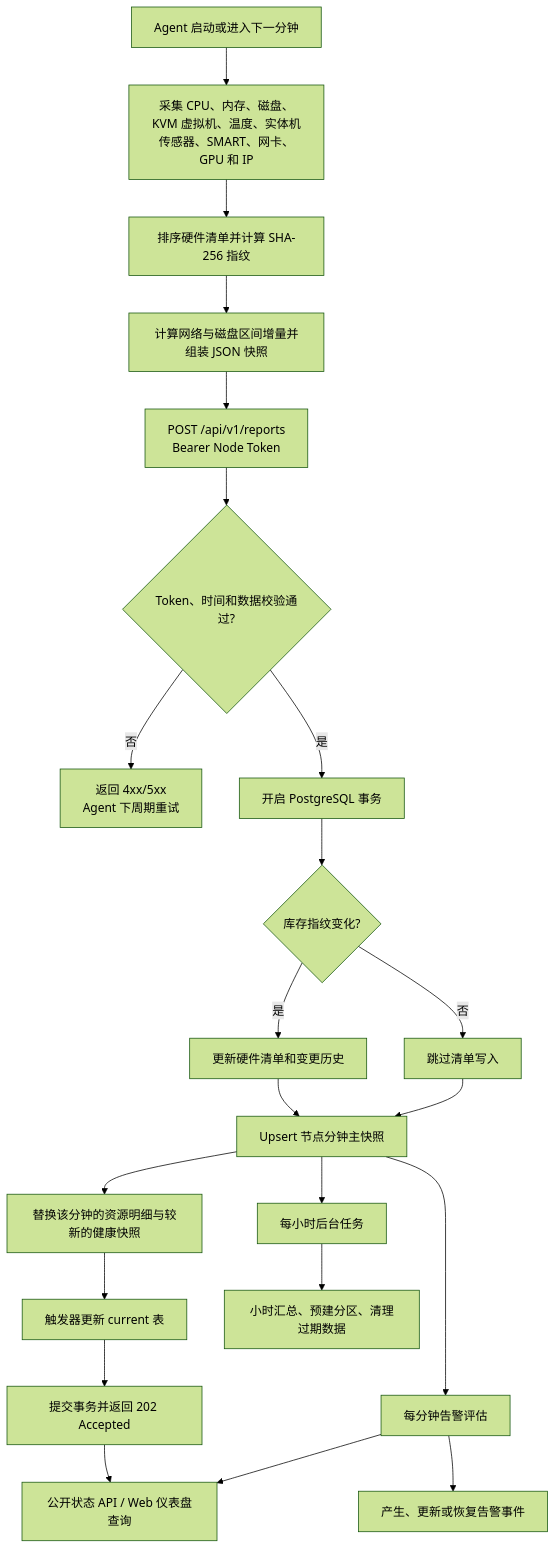
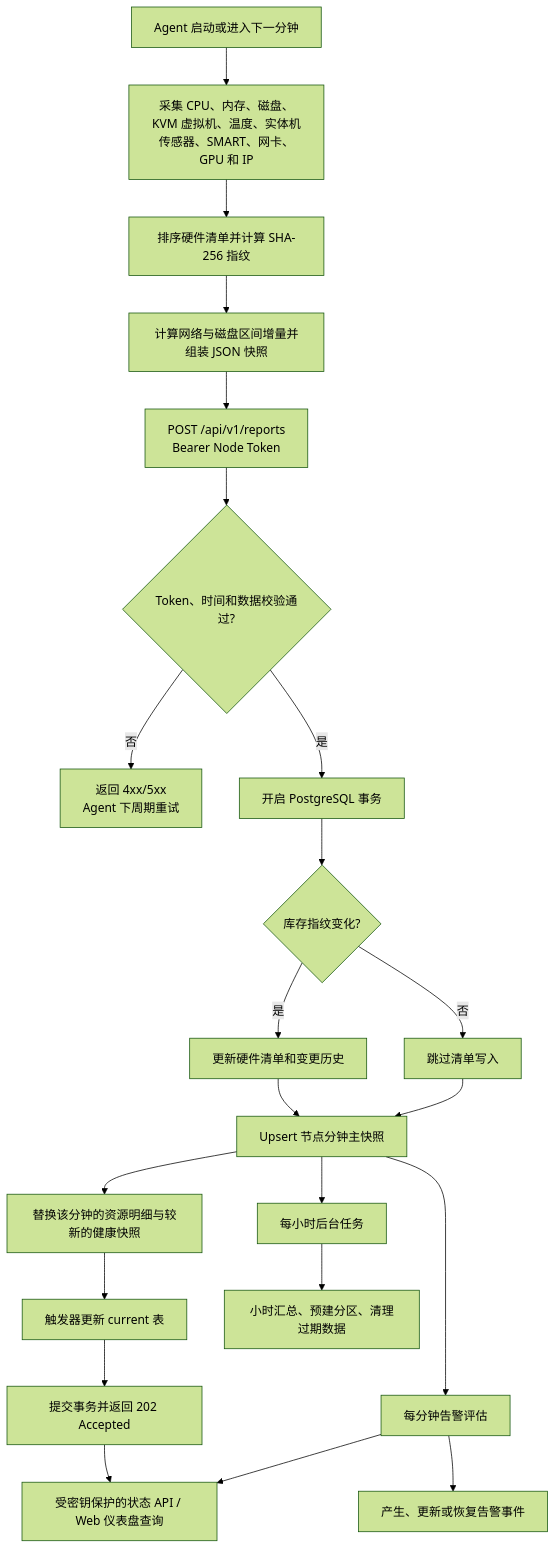
Before and after one commit to guohai163/server-status: the diagram in README.md, drawn with Mermaid (forest theme). The commit also changed other lines of this file and 19 other files, not shown here.

````diff
--- a/README.md
+++ b/README.md
@@ -62,24 +62,24 @@
 ```mermaid
 flowchart TD
     A["Agent 启动或进入下一分钟"] --> B["采集 CPU、内存、磁盘、KVM 虚拟机、温度、实体机传感器、SMART、网卡、GPU 和 IP"]
     B --> C["排序硬件清单并计算 SHA-256 指纹"]
     C --> D["计算网络与磁盘区间增量并组装 JSON 快照"]
     D --> E["POST /api/v1/reports<br/>Bearer Node Token"]
     E --> F{"Token、时间和数据校验通过?"}
     F -- "否" --> G["返回 4xx/5xx<br/>Agent 下周期重试"]
     F -- "是" --> H["开启 PostgreSQL 事务"]
     H --> I{"库存指纹变化?"}
     I -- "是" --> J["更新硬件清单和变更历史"]
     I -- "否" --> K["跳过清单写入"]
     J --> L["Upsert 节点分钟主快照"]
     K --> L
     L --> M["替换该分钟的资源明细与较新的健康快照"]
     M --> N["触发器更新 current 表"]
     N --> O["提交事务并返回 202 Accepted"]
-    O --> P["公开状态 API / Web 仪表盘查询"]
+    O --> P["受密钥保护的状态 API / Web 仪表盘查询"]
     Q["每分钟告警评估"] --> S["产生、更新或恢复告警事件"]
     L --> Q
     Q --> P
     T["每小时后台任务"] --> R["小时汇总、预建分区、清理过期数据"]
     L --> T
 ```
````
